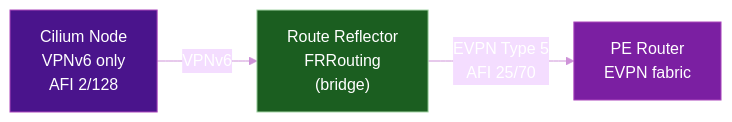
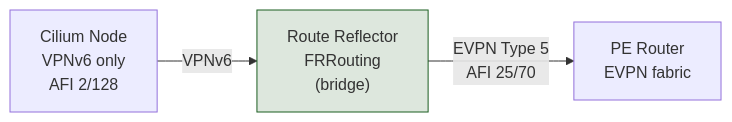
Before and after one commit to eldaninavas/srv6.md: the second of 3 diagrams in docs/implementations/cilium.md, drawn with Mermaid. The commit also changed other lines of this file and 29 other files, not shown here.

First line of the commit message:
fix(mermaid): apply theme-aware colors site-wide

````diff
--- a/docs/implementations/cilium.md
+++ b/docs/implementations/cilium.md
@@ -143,9 +138,6 @@
 ```mermaid
-%%{init: {"theme": "base", "themeVariables": {"primaryTextColor": "#fff", "lineColor": "#ce93d8", "textColor": "#fff"}}}%%
 graph LR
     C["Cilium Node\nVPNv6 only\nAFI 2/128"] -->|"VPNv6"| RR["Route Reflector\nFRRouting\n(bridge)"]
     RR -->|"EVPN Type 5\nAFI 25/70"| PE["PE Router\nEVPN fabric"]
-    style C fill:#4a148c,color:#fff,stroke:#ab47bc
-    style RR fill:#1b5e20,color:#fff,stroke:#a5d6a7
-    style PE fill:#7b1fa2,color:#fff,stroke:#ab47bc
+    style RR fill:#1b5e2026,stroke:#1b5e20
 ```
````
